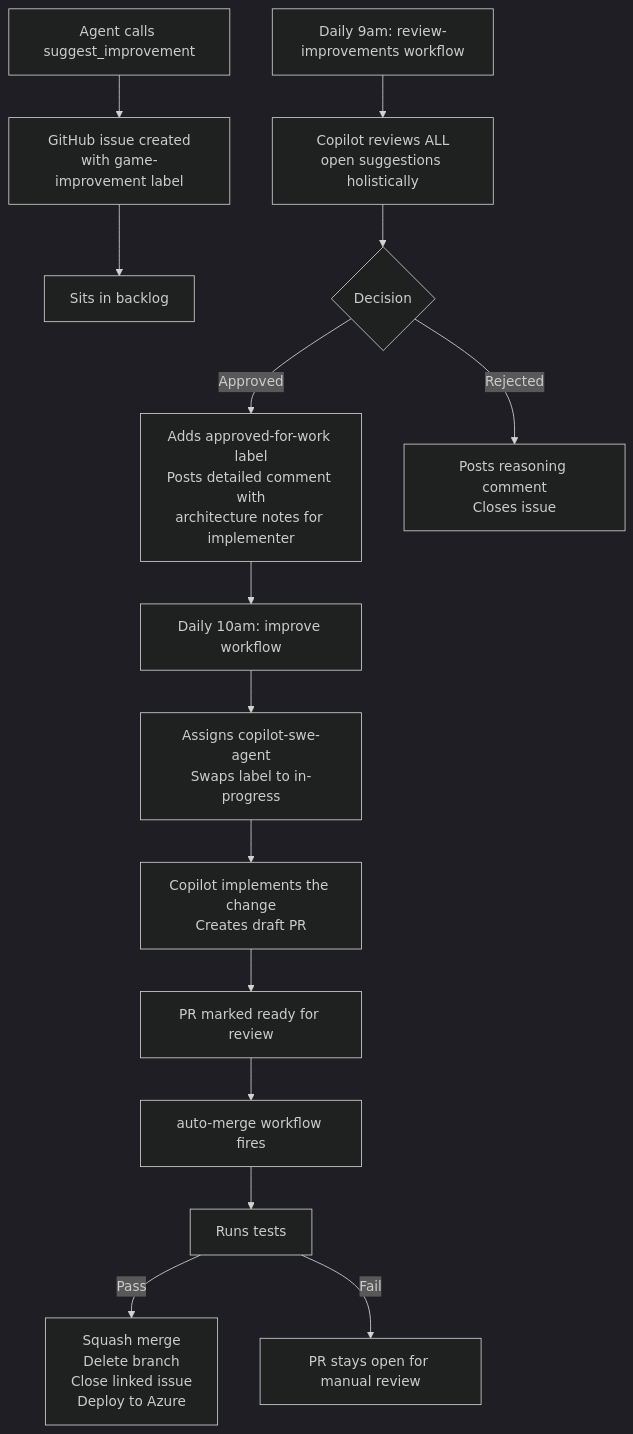
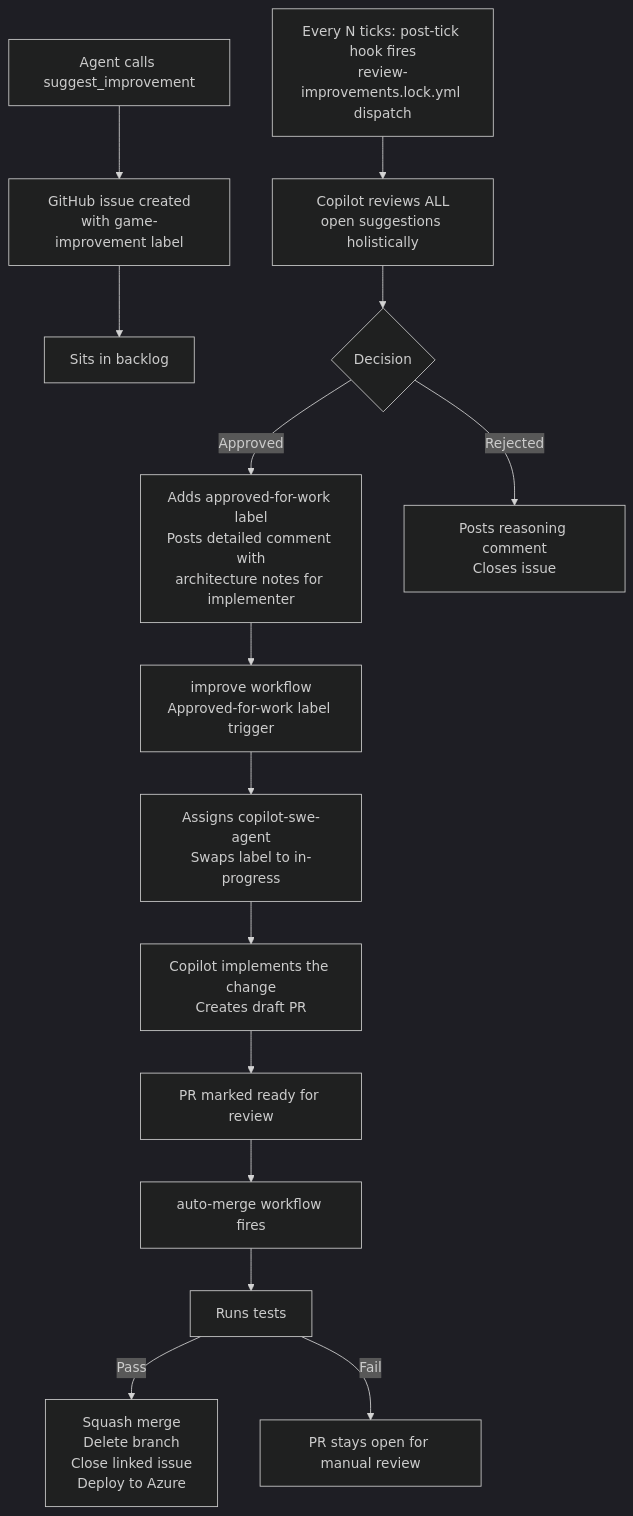
The second of 3 diagrams in README.md (adamd9/sandcastle-game), drawn with Mermaid (dark theme) before and after one commit. The commit also changed other lines of this file and 1 other file, not shown here.

````diff
--- a/README.md
+++ b/README.md
@@ -93,19 +93,19 @@
 ```mermaid
 flowchart TD
     A[Agent calls suggest_improvement] --> B[GitHub issue created\nwith game-improvement label]
     B --> C[Sits in backlog]
 
-    D[Daily 9am: review-improvements workflow] --> E[Copilot reviews ALL\nopen suggestions holistically]
+    D[Every N ticks: post-tick hook fires\nreview-improvements.lock.yml dispatch] --> E[Copilot reviews ALL\nopen suggestions holistically]
     E --> F{Decision}
     F -->|Approved| G[Adds approved-for-work label\nPosts detailed comment with\narchitecture notes for implementer]
     F -->|Rejected| H[Posts reasoning comment\nCloses issue]
 
-    G --> I[Daily 10am: improve workflow]
+    G --> I[improve workflow\nApproved-for-work label trigger]
     I --> J[Assigns copilot-swe-agent\nSwaps label to in-progress]
     J --> K[Copilot implements the change\nCreates draft PR]
     K --> L[PR marked ready for review]
     L --> M[auto-merge workflow fires]
     M --> N[Runs tests]
     N -->|Pass| O[Squash merge\nDelete branch\nClose linked issue\nDeploy to Azure]
     N -->|Fail| P[PR stays open for manual review]
 ```
````
